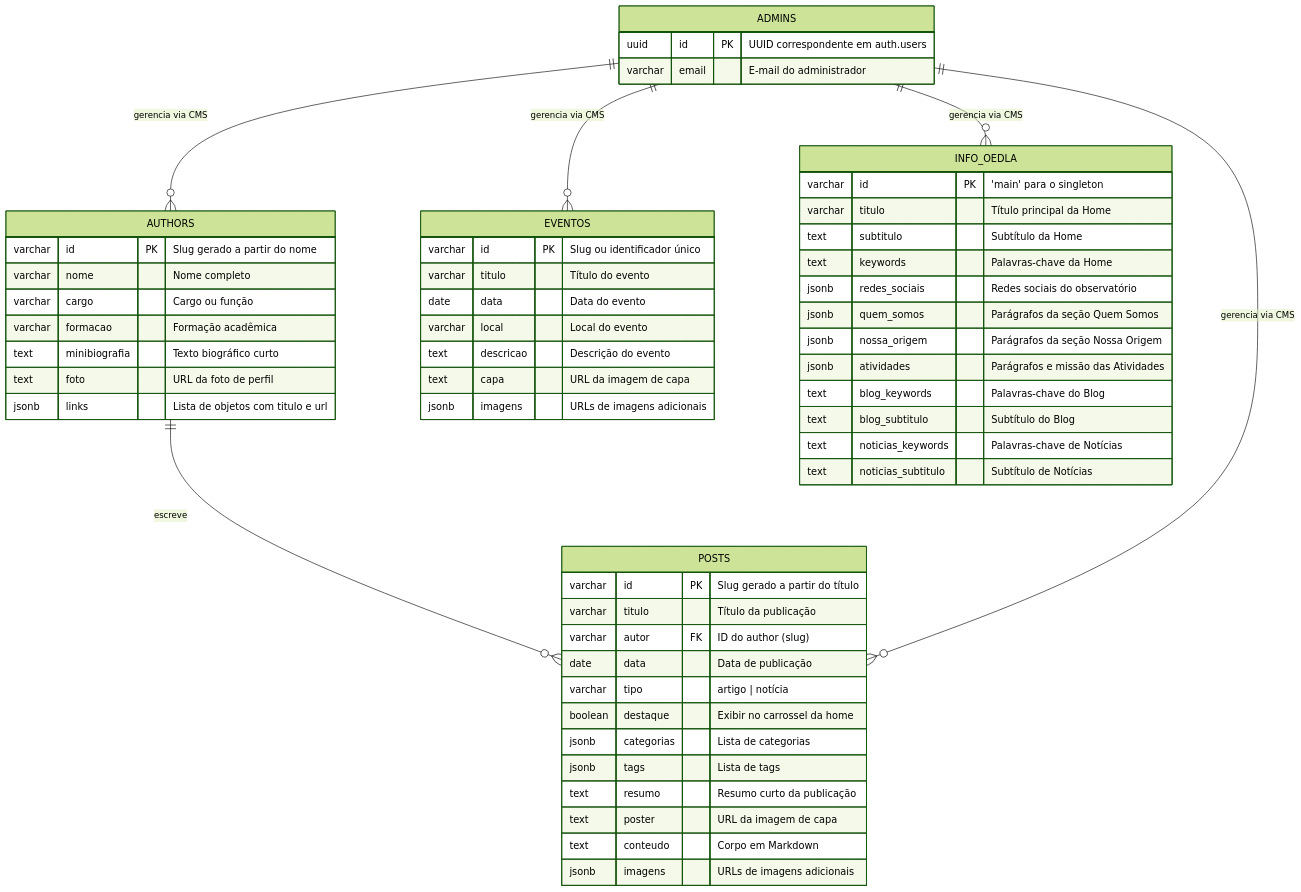
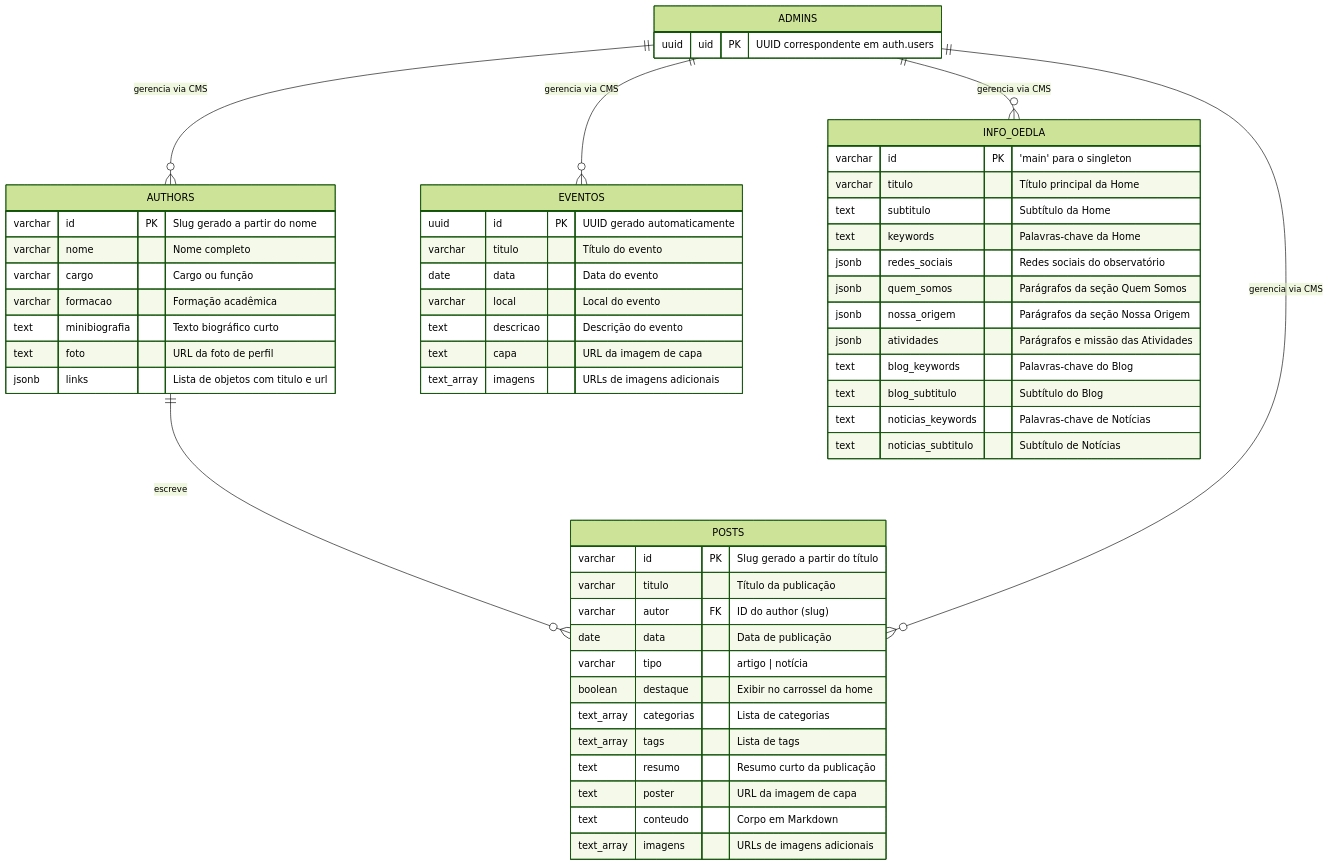
Before and after one commit to oedla-unicamp/oedla-unicamp.github.io: the diagram in README.md, drawn with Mermaid (forest theme). The commit also changed other lines of this file and 18 other files, not shown here.

````diff
--- a/README.md
+++ b/README.md
@@ -11,63 +11,62 @@
 ```mermaid
 erDiagram
     POSTS {
         varchar id PK "Slug gerado a partir do título"
         varchar titulo "Título da publicação"
         varchar autor FK "ID do author (slug)"
         date data "Data de publicação"
         varchar tipo "artigo | notícia"
         boolean destaque "Exibir no carrossel da home"
-        jsonb categorias "Lista de categorias"
-        jsonb tags "Lista de tags"
+        text_array categorias "Lista de categorias"
+        text_array tags "Lista de tags"
         text resumo "Resumo curto da publicação"
         text poster "URL da imagem de capa"
         text conteudo "Corpo em Markdown"
-        jsonb imagens "URLs de imagens adicionais"
+        text_array imagens "URLs de imagens adicionais"
     }
 
     AUTHORS {
         varchar id PK "Slug gerado a partir do nome"
         varchar nome "Nome completo"
         varchar cargo "Cargo ou função"
         varchar formacao "Formação acadêmica"
         text minibiografia "Texto biográfico curto"
         text foto "URL da foto de perfil"
         jsonb links "Lista de objetos com titulo e url"
     }
 
     EVENTOS {
-        varchar id PK "Slug ou identificador único"
+        uuid id PK "UUID gerado automaticamente"
         varchar titulo "Título do evento"
         date data "Data do evento"
         varchar local "Local do evento"
         text descricao "Descrição do evento"
         text capa "URL da imagem de capa"
-        jsonb imagens "URLs de imagens adicionais"
+        text_array imagens "URLs de imagens adicionais"
     }
 
     INFO_OEDLA {
         varchar id PK "'main' para o singleton"
         varchar titulo "Título principal da Home"
         text subtitulo "Subtítulo da Home"
         text keywords "Palavras-chave da Home"
         jsonb redes_sociais "Redes sociais do observatório"
         jsonb quem_somos "Parágrafos da seção Quem Somos"
         jsonb nossa_origem "Parágrafos da seção Nossa Origem"
         jsonb atividades "Parágrafos e missão das Atividades"
         text blog_keywords "Palavras-chave do Blog"
         text blog_subtitulo "Subtítulo do Blog"
         text noticias_keywords "Palavras-chave de Notícias"
         text noticias_subtitulo "Subtítulo de Notícias"
     }
 
     ADMINS {
-        uuid id PK "UUID correspondente em auth.users"
-        varchar email "E-mail do administrador"
+        uuid uid PK "UUID correspondente em auth.users"
     }
 
     AUTHORS ||--o{ POSTS : "escreve"
     ADMINS ||--o{ POSTS : "gerencia via CMS"
     ADMINS ||--o{ AUTHORS : "gerencia via CMS"
     ADMINS ||--o{ EVENTOS : "gerencia via CMS"
     ADMINS ||--o{ INFO_OEDLA : "gerencia via CMS"
 ```
````
